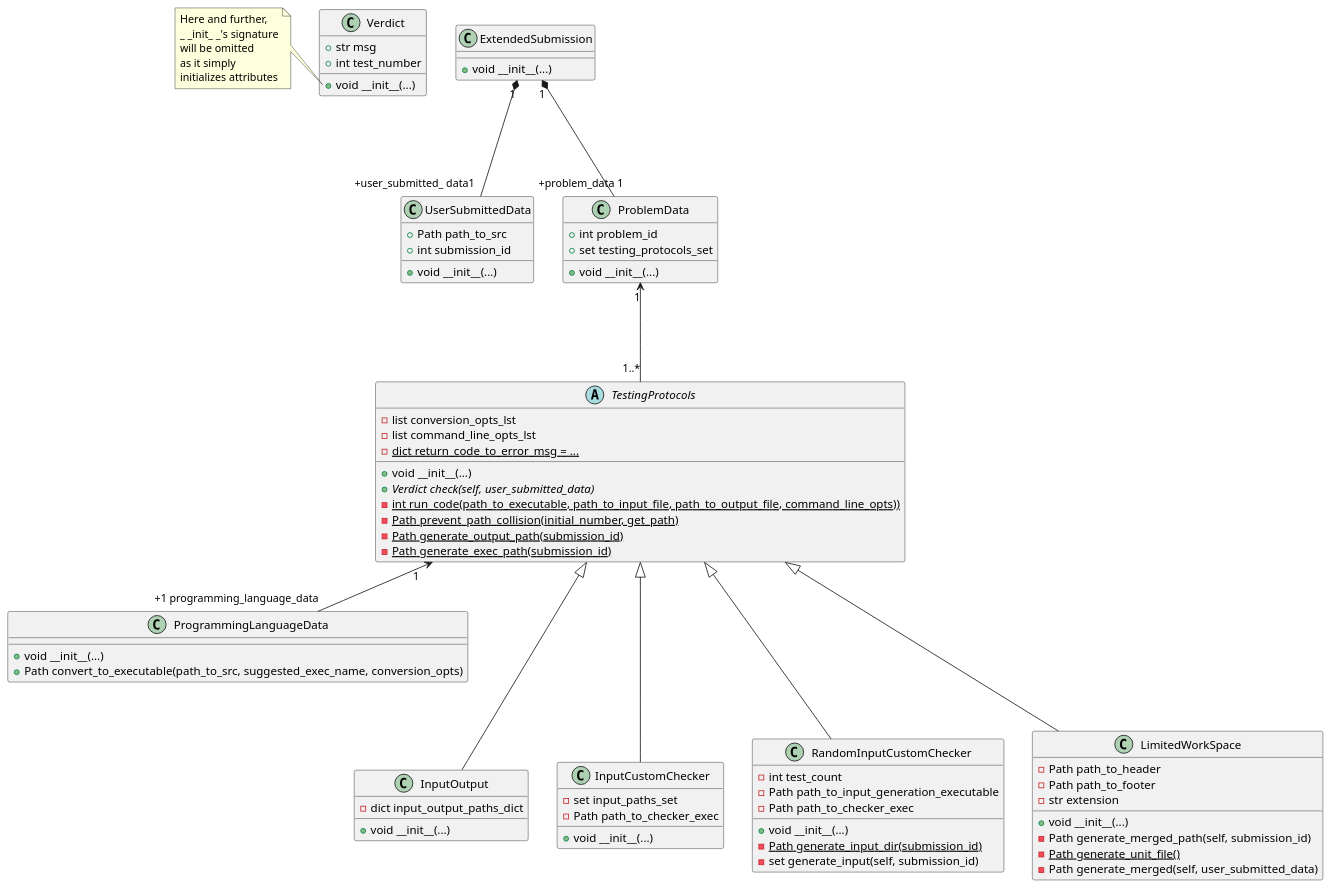
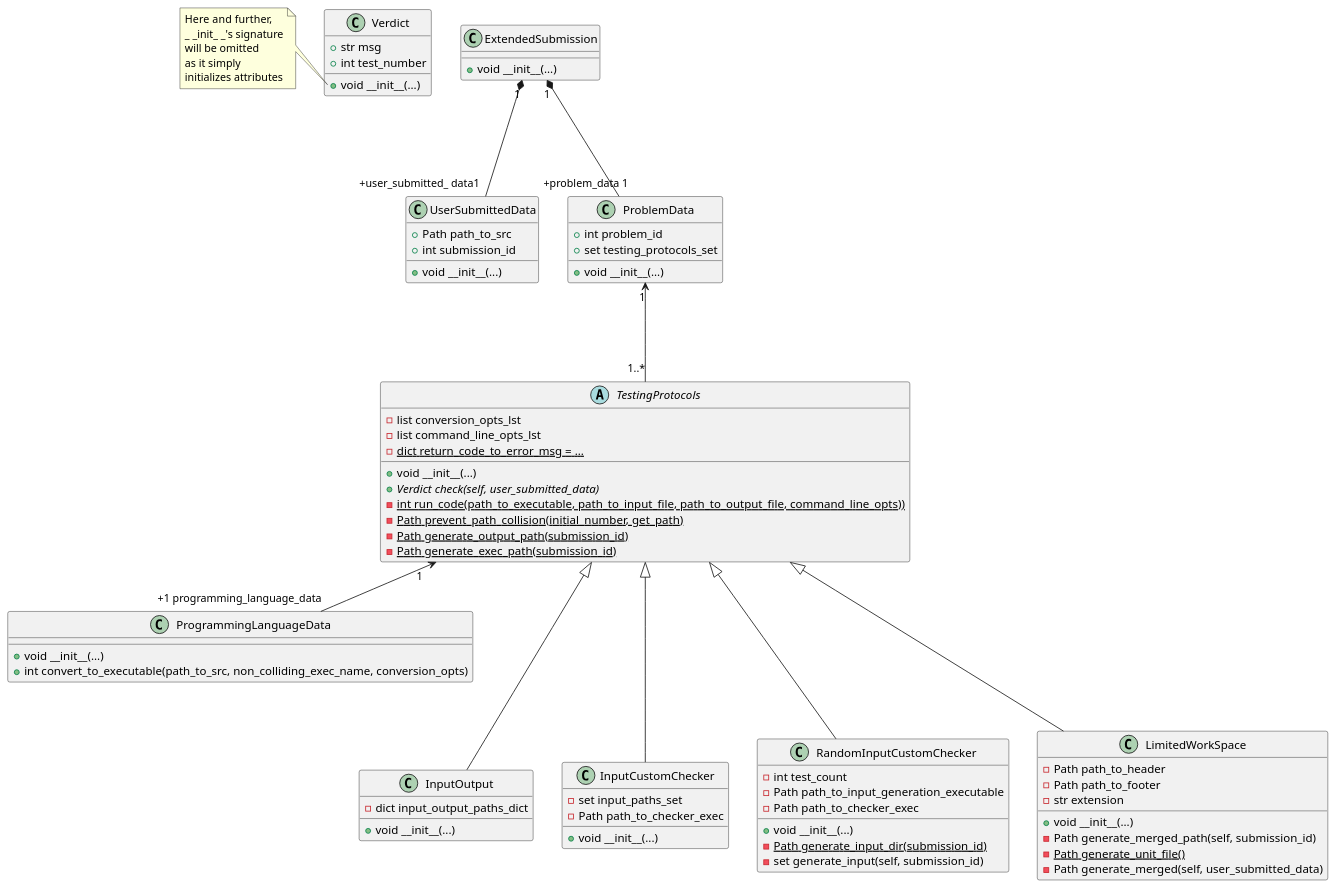
One commit to IgorZhiltsoff/TPy_project changed the diagram in TestingSystem/TestingProtocols/testing_protocols_class_diagram.puml. Above: the diagram before and after it, drawn with PlantUML. The commit also changed 4 other files, not shown here.

```diff
--- a/TestingSystem/TestingProtocols/testing_protocols_class_diagram.puml
+++ b/TestingSystem/TestingProtocols/testing_protocols_class_diagram.puml
@@ -1,113 +1,114 @@
 @startuml
 'https://plantuml.com/class-diagram
 
 ' ============================ AUX ============================
 
 class Verdict {
     +str msg
     +int test_number
 
     +void __init__(...)
 }
 note left of Verdict::__init__
 Here and further,
 _ _init_ _'s signature
 will be omitted
 as it simply
 initializes attributes
 end note
 
 
 class UserSubmittedData {
     +Path path_to_src
     +int submission_id
 
     +void __init__(...)
 }
 
 
 class ProgrammingLanguageData {
         +void __init__(...)
-        +Path convert_to_executable(path_to_src, suggested_exec_name, conversion_opts)
+        +int convert_to_executable(path_to_src, non_colliding_exec_name, conversion_opts)
 }
+' todo: wrong return type for convert
 
 
 ' ========================== PROTOCOLS =========================
 
 abstract class TestingProtocols {
     -list conversion_opts_lst
     -list command_line_opts_lst
     -{static} dict return_code_to_error_msg = ...
 
     +void __init__(...)
     +{abstract} Verdict check(self, user_submitted_data)
     -{static} int run_code(path_to_executable, path_to_input_file, path_to_output_file, command_line_opts))
     -{static} Path prevent_path_collision(initial_number, get_path)
     -{static} Path generate_output_path(submission_id)
     -{static} Path generate_exec_path(submission_id)
 }
 
 TestingProtocols "1" <-- "+1 programming_language_data" ProgrammingLanguageData
 
 class InputOutput {
     -dict input_output_paths_dict
 
     +void __init__(...)
 }
 
 class InputCustomChecker {
     -set input_paths_set
     -Path path_to_checker_exec
 
     +void __init__(...)
 }
 
 class RandomInputCustomChecker {
     -int test_count
     -Path path_to_input_generation_executable
     -Path path_to_checker_exec
 
 
     +void __init__(...)
     -{static} Path generate_input_dir(submission_id)
     -set generate_input(self, submission_id)
 }
 
 class LimitedWorkSpace {
     -Path path_to_header
     -Path path_to_footer
     -str extension
 
     +void __init__(...)
     -Path generate_merged_path(self, submission_id)
     -{static} Path generate_unit_file()
     -Path generate_merged(self, user_submitted_data)
 }
 
 
 TestingProtocols <|--- InputCustomChecker
 TestingProtocols <|--- RandomInputCustomChecker
 TestingProtocols <|--- LimitedWorkSpace
 TestingProtocols <|--- InputOutput
 
 
 ' ============================ AUX ============================
 
 class ProblemData {
     +int problem_id
     +set testing_protocols_set
 
     +void __init__(...)
 }
 
 ProblemData "1" <--- "1..*" TestingProtocols
 
 
 class ExtendedSubmission {
     +void __init__(...)
 }
 
 ExtendedSubmission "1" *--- "+problem_data 1" ProblemData
 ExtendedSubmission "1" *--- "+user_submitted_ data1" UserSubmittedData
 
 @enduml
```
